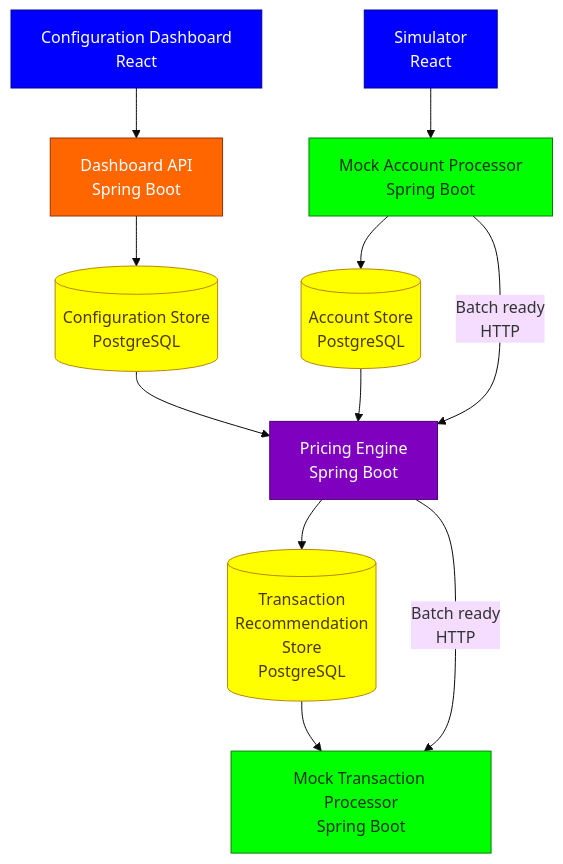
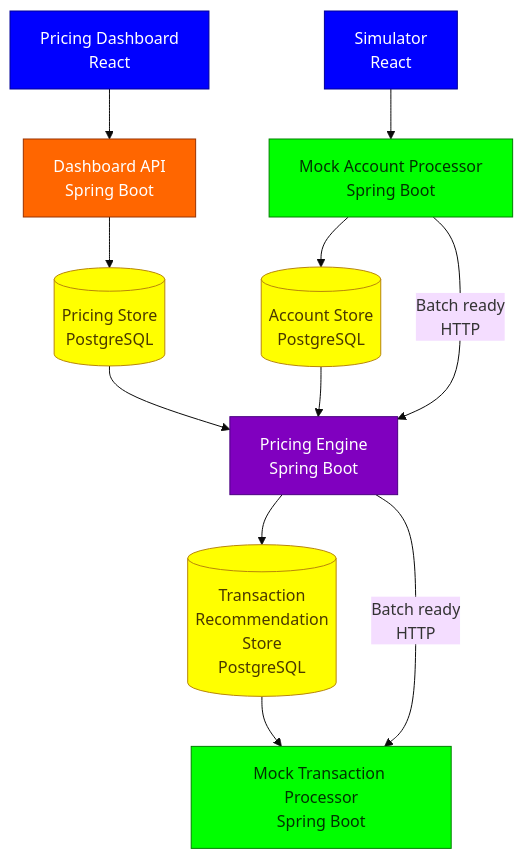
The first of 2 diagrams in docs/system-architecture.md (DerekThree/pricing-app), drawn with Mermaid (base theme) before and after one commit. The commit also changed other lines of this file and 26 other files, not shown here.

````diff
--- a/docs/system-architecture.md
+++ b/docs/system-architecture.md
@@ -25,31 +24,31 @@
 ```mermaid
 flowchart TD
-    DashboardUI[Configuration Dashboard<br/>React] --> DashboardAPI[Dashboard API<br/>Spring Boot]
-    DashboardAPI --> ConfigurationStore[(Configuration Store<br/>PostgreSQL)]
-    ConfigurationStore --> PricingEngine
+    DashboardUI[Pricing Dashboard<br/>React] --> DashboardAPI[Dashboard API<br/>Spring Boot]
+    DashboardAPI --> PricingStore[(Pricing Store<br/>PostgreSQL)]
+    PricingStore --> PricingEngine
 
     Simulator[Simulator<br/>React] --> AccountProcessor[Mock Account Processor<br/>Spring Boot]
     AccountProcessor --> AccountStore[(Account Store<br/>PostgreSQL)]
     AccountStore --> PricingEngine[Pricing Engine<br/>Spring Boot]
     AccountProcessor --> |Batch ready<br/>HTTP | PricingEngine
 
     PricingEngine --> RecommendationStore[(Transaction<br/>Recommendation<br/>Store<br/>PostgreSQL)]
     PricingEngine ~~~ Spacer[" "]
     Spacer ~~~ TransactionProcessor
     RecommendationStore --> TransactionProcessor[Mock Transaction Processor<br/>Spring Boot]
     PricingEngine --> |Batch ready<br/>HTTP | TransactionProcessor
 
     classDef interface fill:#0000FF,stroke:#000099,color:#FFFFFF
     classDef mockProcessor fill:#00FF00,stroke:#008000,color:#003300
     classDef database fill:#FFFF00,stroke:#B8860B,color:#4A3800
     classDef dashboardApi fill:#FF6600,stroke:#993300,color:#FFFFFF
     classDef pricingEngine fill:#8000BF,stroke:#4B0082,color:#FFFFFF
     classDef invisible fill:transparent,stroke:transparent,color:transparent
 
     class DashboardUI,Simulator interface
     class AccountProcessor,TransactionProcessor mockProcessor
-    class ConfigurationStore,AccountStore,RecommendationStore database
+    class PricingStore,AccountStore,RecommendationStore database
     class DashboardAPI dashboardApi
     class PricingEngine pricingEngine
     class Spacer invisible
 ```
````
